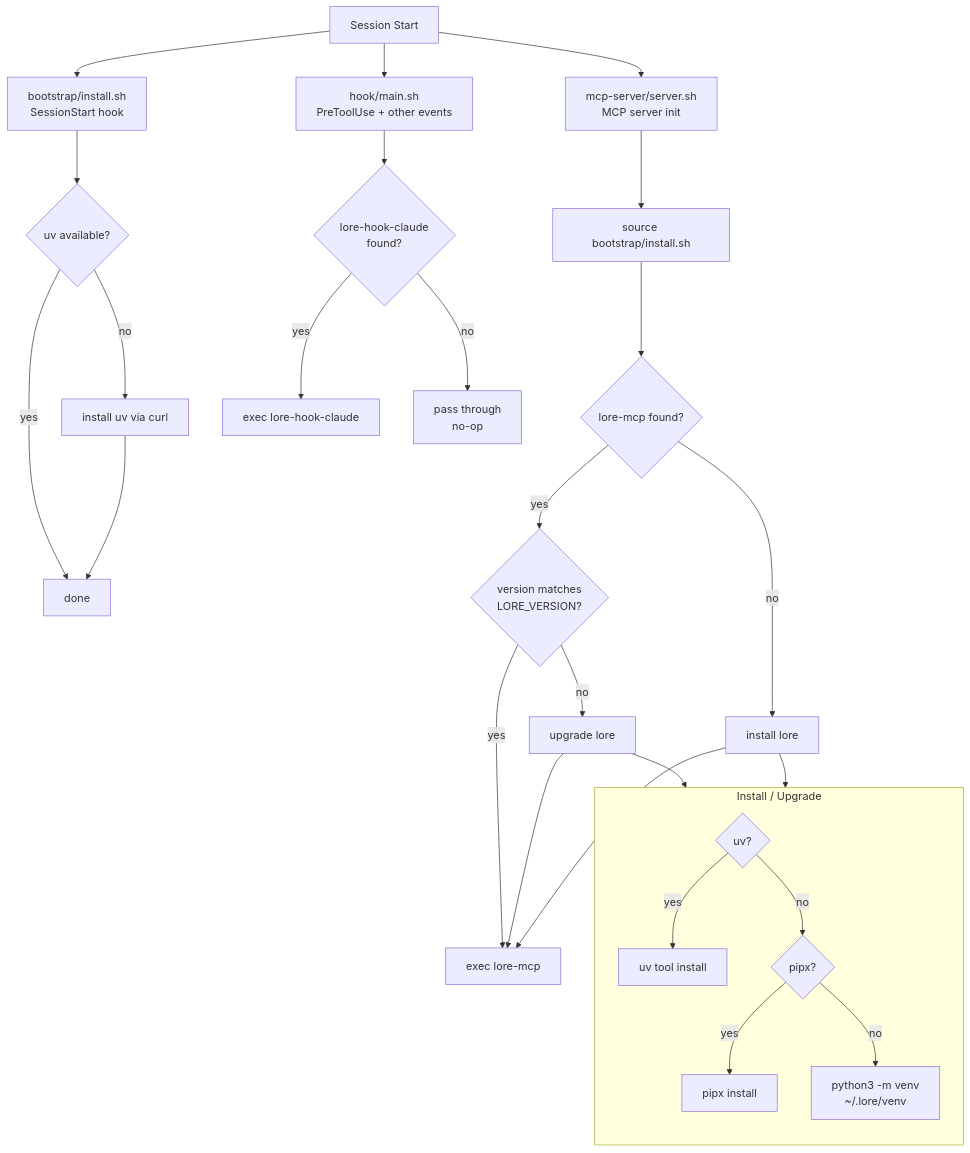
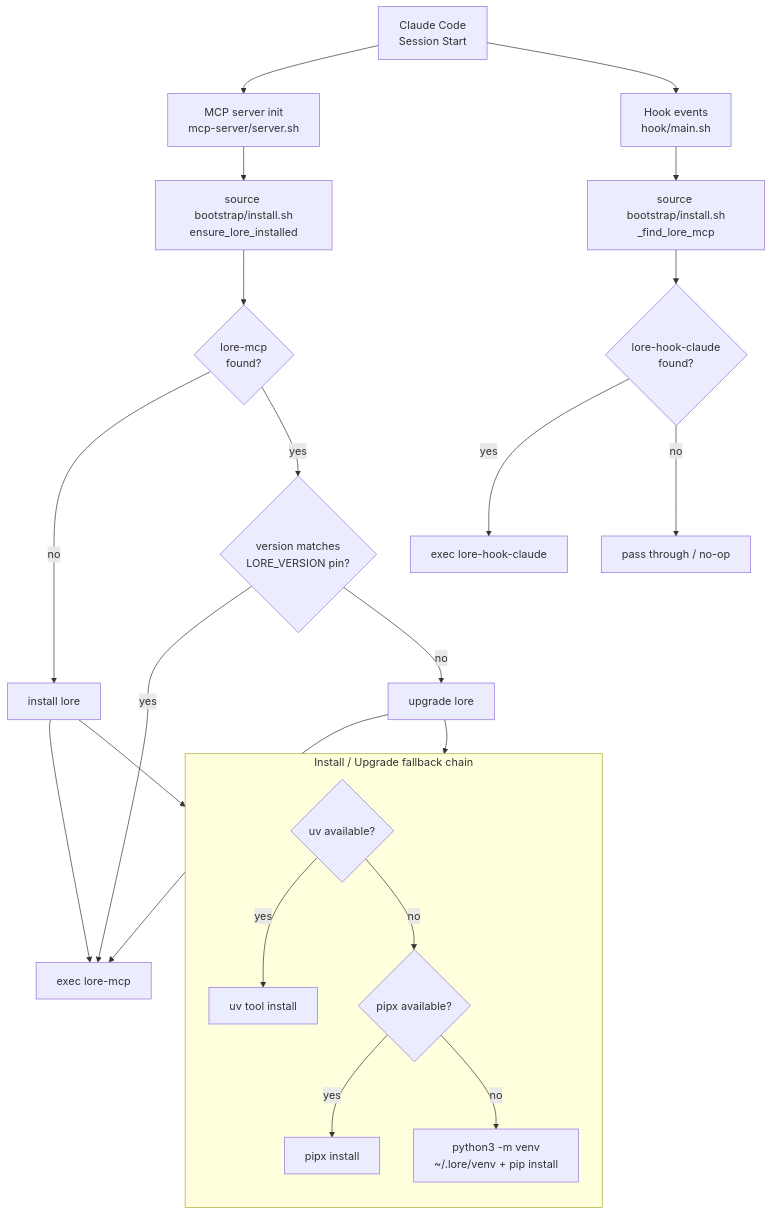
The diagram in docs/startup-flow.md (gorodulin/lore-claude), drawn with Mermaid before and after one commit. The commit also changed other lines of this file and 1 other file, not shown here.

Commit message:
Fix startup diagram and remove dead bootstrap hook
- SessionStart hook was running bootstrap/install.sh as a script, but
  it's a library (source-only) — the call was a no-op. Removed it;
  server.sh already handles installation via ensure_lore_installed.
- Rewrote Mermaid diagram to match actual code flow.

````diff
--- a/docs/startup-flow.md
+++ b/docs/startup-flow.md
@@ -5,37 +5,34 @@
 ```mermaid
 flowchart TD
-    A[Session Start] --> B[bootstrap/install.sh<br/>SessionStart hook]
-    A --> C[mcp-server/server.sh<br/>MCP server init]
+    A[Claude Code<br/>Session Start] --> B[MCP server init<br/>mcp-server/server.sh]
+    A --> H[Hook events<br/>hook/main.sh]
 
-    B --> B1{uv available?}
-    B1 -->|yes| B2[done]
-    B1 -->|no| B3[install uv via curl]
-    B3 --> B2
+    %% MCP server path
+    B --> B1[source bootstrap/install.sh<br/>ensure_lore_installed]
+    B1 --> B2{lore-mcp<br/>found?}
 
-    C --> C1[source bootstrap/install.sh]
-    C1 --> C2{lore-mcp found?}
+    B2 -->|no| B3[install lore]
+    B3 --> B6[exec lore-mcp]
 
-    C2 -->|yes| C3{version matches<br/>LORE_VERSION?}
-    C3 -->|yes| C6[exec lore-mcp]
-    C3 -->|no| C4[upgrade lore]
-    C4 --> C6
+    B2 -->|yes| B4{version matches<br/>LORE_VERSION pin?}
+    B4 -->|yes| B6
+    B4 -->|no| B5[upgrade lore]
+    B5 --> B6
 
-    C2 -->|no| C5[install lore]
-    C5 --> C6
-
-    subgraph installer [Install / Upgrade]
+    subgraph installer [Install / Upgrade fallback chain]
         direction TB
-        D1{uv?} -->|yes| D2[uv tool install]
-        D1 -->|no| D3{pipx?}
+        D1{uv available?} -->|yes| D2[uv tool install]
+        D1 -->|no| D3{pipx available?}
         D3 -->|yes| D4[pipx install]
-        D3 -->|no| D5[python3 -m venv<br/>~/.lore/venv]
+        D3 -->|no| D5[python3 -m venv<br/>~/.lore/venv + pip install]
     end
 
-    C4 --> installer
-    C5 --> installer
+    B3 --> installer
+    B5 --> installer
 
-    A --> E[hook/main.sh<br/>PreToolUse + other events]
-    E --> E1{lore-hook-claude<br/>found?}
-    E1 -->|yes| E2[exec lore-hook-claude]
-    E1 -->|no| E3[pass through<br/>no-op]
+    %% Hook path
+    H --> H1[source bootstrap/install.sh<br/>_find_lore_mcp]
+    H1 --> H2{lore-hook-claude<br/>found?}
+    H2 -->|yes| H3[exec lore-hook-claude]
+    H2 -->|no| H4[pass through / no-op]
 ```
````
